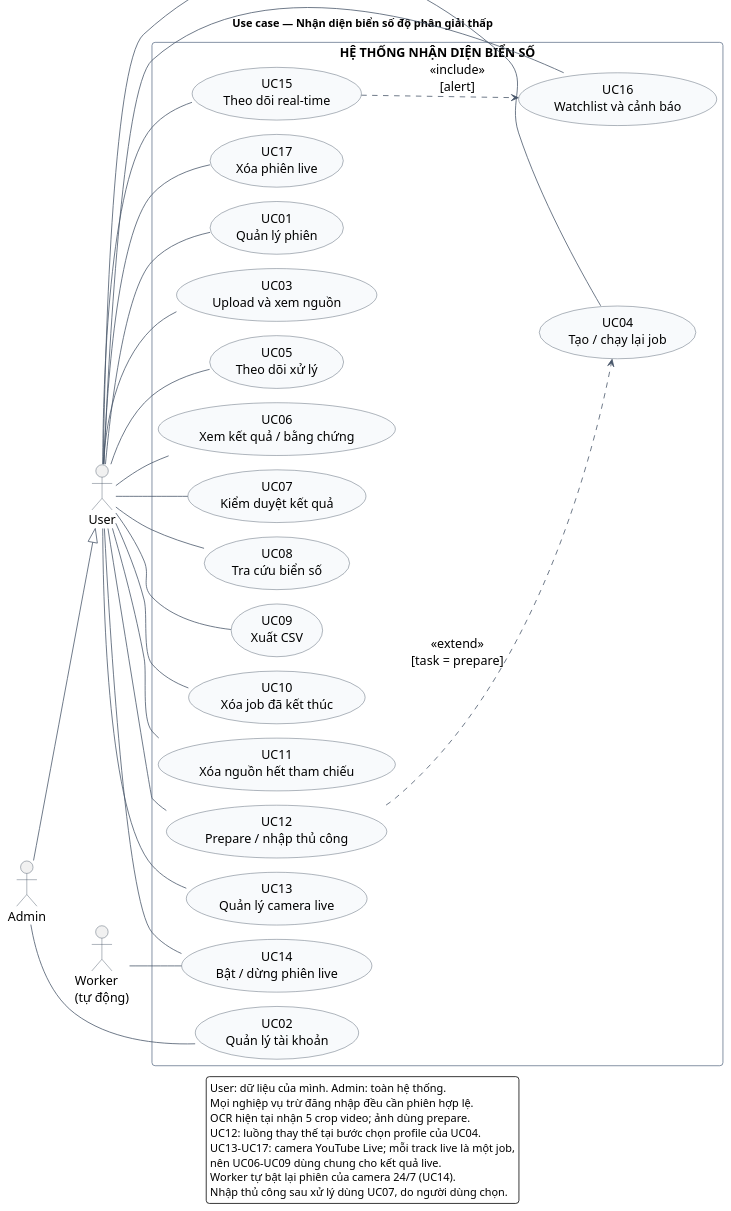
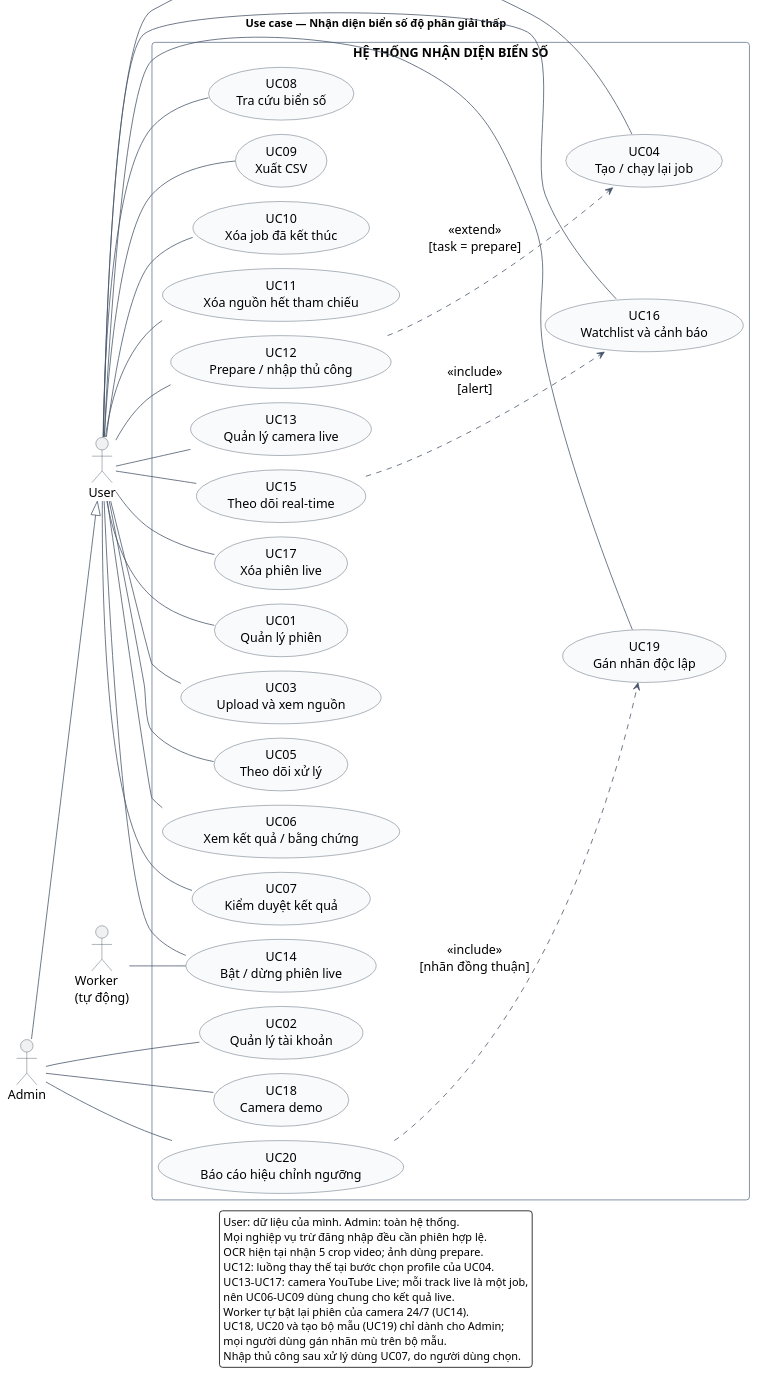
The diagram in docs/analysis/diagrams/01-use-case.puml (Oszumeiii/Vehicle_Tracking_BE), drawn with PlantUML before and after one commit. The commit also changed 24 other files, not shown here.

First line of the commit message:
docs(analysis): version 1.3 with demo cameras, labelling and multi-camera

```diff
--- a/docs/analysis/diagrams/01-use-case.puml
+++ b/docs/analysis/diagrams/01-use-case.puml
@@ -1,76 +1,85 @@
 @startuml
 !pragma layout smetana
 left to right direction
 skinparam defaultFontName Arial
 skinparam defaultFontSize 16
 skinparam backgroundColor white
 skinparam shadowing false
 skinparam roundCorner 8
 skinparam ArrowColor #475569
 skinparam ActorBorderColor #334155
 skinparam UsecaseBorderColor #334155
 skinparam UsecaseBackgroundColor #F8FAFC
 skinparam RectangleBorderColor #64748B
 skinparam packageStyle rectangle
 skinparam nodesep 22
 skinparam ranksep 36
 scale max 1100 width
 title Use case — Nhận diện biển số độ phân giải thấp
 
 actor "User" as U
 actor "Admin" as A
 A --|> U
 
 rectangle "HỆ THỐNG NHẬN DIỆN BIỂN SỐ" {
   usecase "UC01\nQuản lý phiên" as UC01
   usecase "UC02\nQuản lý tài khoản" as UC02
   usecase "UC03\nUpload và xem nguồn" as UC03
   usecase "UC04\nTạo / chạy lại job" as UC04
   usecase "UC05\nTheo dõi xử lý" as UC05
   usecase "UC06\nXem kết quả / bằng chứng" as UC06
   usecase "UC07\nKiểm duyệt kết quả" as UC07
   usecase "UC08\nTra cứu biển số" as UC08
   usecase "UC09\nXuất CSV" as UC09
   usecase "UC10\nXóa job đã kết thúc" as UC10
   usecase "UC11\nXóa nguồn hết tham chiếu" as UC11
   usecase "UC12\nPrepare / nhập thủ công" as UC12
   usecase "UC13\nQuản lý camera live" as UC13
   usecase "UC14\nBật / dừng phiên live" as UC14
   usecase "UC15\nTheo dõi real-time" as UC15
   usecase "UC16\nWatchlist và cảnh báo" as UC16
   usecase "UC17\nXóa phiên live" as UC17
+  usecase "UC18\nCamera demo" as UC18
+  usecase "UC19\nGán nhãn độc lập" as UC19
+  usecase "UC20\nBáo cáo hiệu chỉnh ngưỡng" as UC20
 }
 actor "Worker\n(tự động)" as W
 
 U -- UC01
 A -- UC02
 U -- UC03
 U -- UC04
 U -- UC05
 U -- UC06
 U -- UC07
 U -- UC08
 U -- UC09
 U -- UC10
 U -- UC11
 U -- UC12
 UC12 ..> UC04 : <<extend>>\n[task = prepare]
 U -- UC13
 U -- UC14
 U -- UC15
 U -- UC16
 U -- UC17
+A -- UC18
+U -- UC19
+A -- UC20
+UC20 ..> UC19 : <<include>>\n[nhãn đồng thuận]
 W -- UC14
 UC15 ..> UC16 : <<include>>\n[alert]
 
 legend bottom
 User: dữ liệu của mình. Admin: toàn hệ thống.
 Mọi nghiệp vụ trừ đăng nhập đều cần phiên hợp lệ.
 OCR hiện tại nhận 5 crop video; ảnh dùng prepare.
 UC12: luồng thay thế tại bước chọn profile của UC04.
 UC13–UC17: camera YouTube Live; mỗi track live là một job,
 nên UC06–UC09 dùng chung cho kết quả live.
 Worker tự bật lại phiên của camera 24/7 (UC14).
+UC18, UC20 và tạo bộ mẫu (UC19) chỉ dành cho Admin;
+mọi người dùng gán nhãn mù trên bộ mẫu.
 Nhập thủ công sau xử lý dùng UC07, do người dùng chọn.
 endlegend
 @enduml
```
